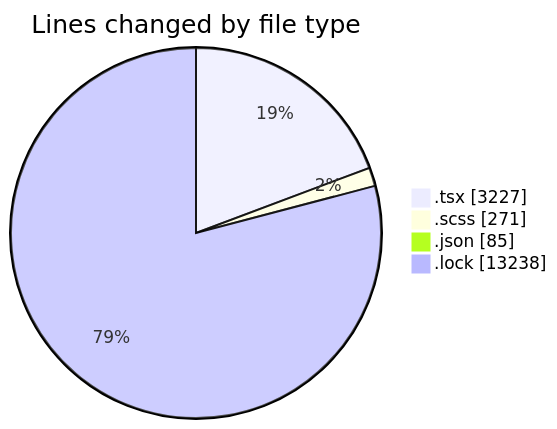
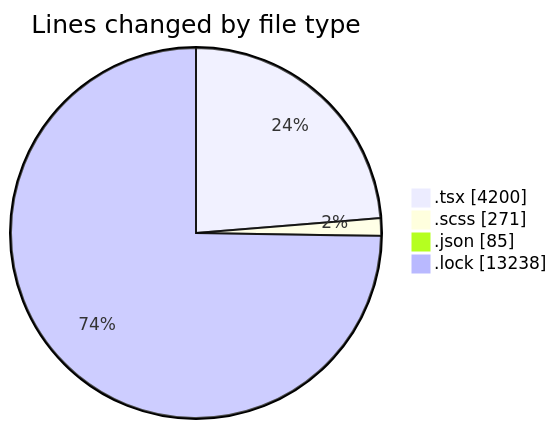
Before and after one commit to momahboobian/code-tracking: the first of 2 diagrams in 2025-11-18/cda/README.md, drawn with Mermaid. The commit also changed other lines of this file and 1 other file, not shown here.

````diff
--- a/2025-11-18/cda/README.md
+++ b/2025-11-18/cda/README.md
@@ -29,8 +30,8 @@
 ```mermaid
 pie showData
 title Lines changed by file type
-".tsx" : 3227
+".tsx" : 4200
 ".scss" : 271
 ".json" : 85
 ".lock" : 13238
 ```
````
